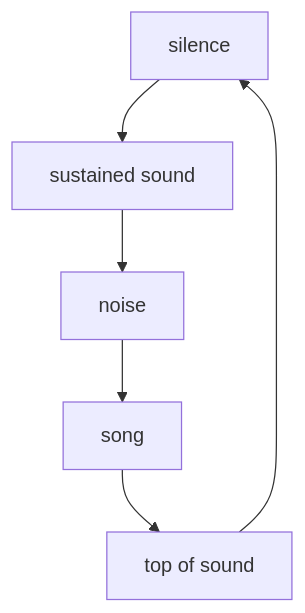
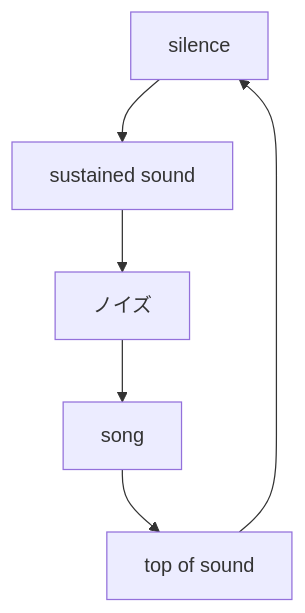
Before and after one commit to monumental-movement/monumental-movement.github.io: the eighth of 9 diagrams in en/_posts/2026-03-06-column-keiji-haino.md, drawn with Mermaid. The commit also changed other lines of this file and 1012 other files, not shown here.

```diff
--- a/en/_posts/2026-03-06-column-keiji-haino.md
+++ b/en/_posts/2026-03-06-column-keiji-haino.md
@@ -663,17 +663,17 @@
 <div class="mermaid">
 
 graph TD
 
 Silence[silence]
 Drone[sustained sound]
-Noise[noise]
+Noise[ノイズ]
 Voice[song]
 Climax[top of sound]
 
 Silence --> Drone
 Drone --> Noise
 Noise --> Voice
 Voice --> Climax
 Climax --> Silence
 
 </div>
```
